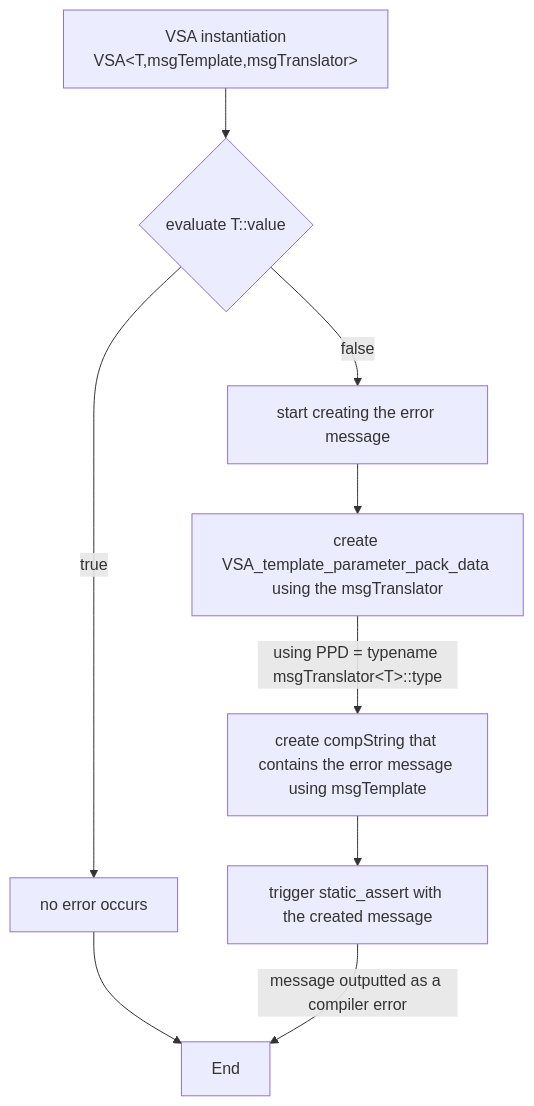
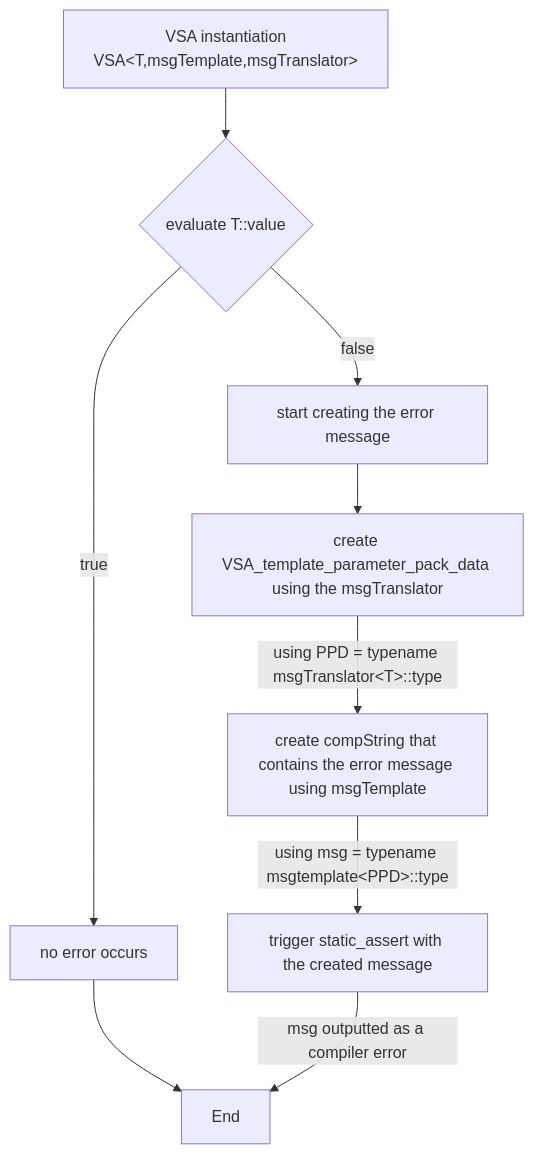
Before and after one commit to Alexey-Saldyrkine/Compiletime-String-and-Verbose-Static-Assert: the diagram in docs/verbose static assert.md, drawn with Mermaid.

Commit message:
Update verbose static assert.md

````diff
--- a/docs/verbose static assert.md
+++ b/docs/verbose static assert.md
@@ -22,11 +22,11 @@
 ```mermaid
 flowchart TD
 	A["VSA instantiation<br>VSA&lt;T,msgTemplate,msgTranslator&gt;"] --> B{ evaluate T::value }
 	B -- true --> C[no error occurs]
 	C --> D[End]
 	B -- false --> E[start creating the error message]
 	E --> F[create VSA_template_parameter_pack_data using the msgTranslator]
-	F -- using PPD = typename msgTranslator&lt;T&gt;::type--> G[create compString that contains the error message using msgTemplate]
-	G --> H[trigger static_assert with the created message]
-	H -- message outputted as a compiler error --> D[End]
+	F -- using PPD = typename msgTranslator&lt;T&gt;::type --> G[create compString that contains the error message using msgTemplate]
+	G -- using msg = typename msgtemplate&lt;PPD&gt;::type --> H[trigger static_assert with the created message]
+	H -- msg outputted as a compiler error --> D[End]
 ```
````
